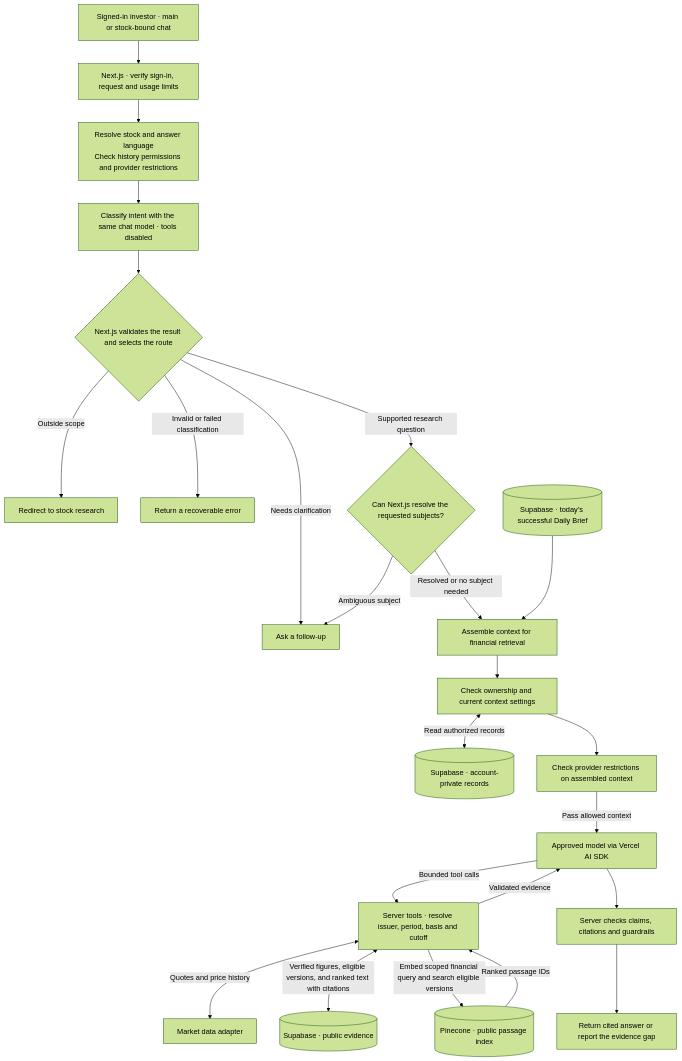
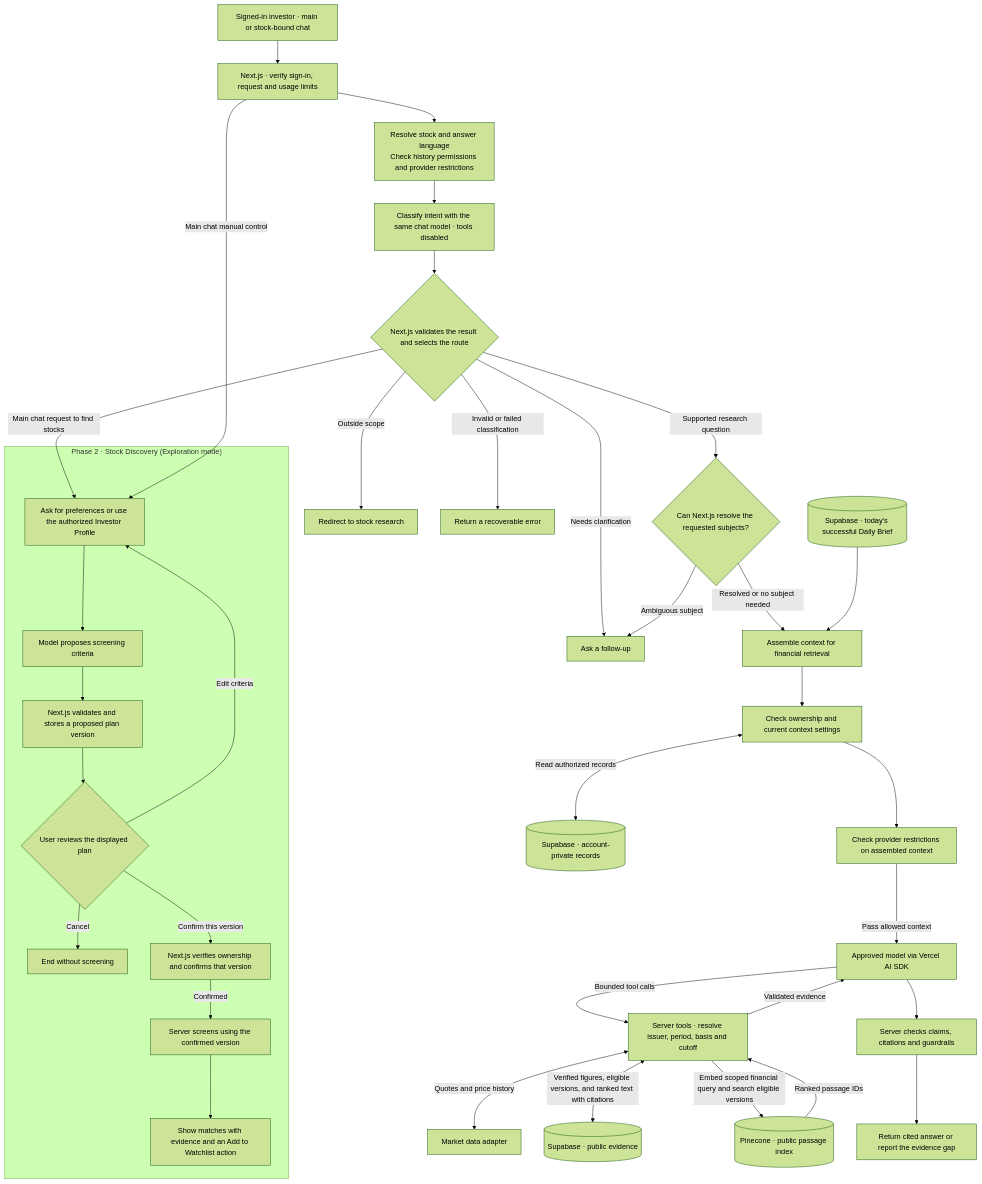
Before and after one commit to senella02/smart-financial-advisor: the third of 4 diagrams in docs/final/backend-data-flow.md, drawn with Mermaid (forest theme). The commit also changed other lines of this file and 9 other files, not shown here.

Commit message:
docs: update architecture diagram and add exploration req

````diff
--- a/docs/final/backend-data-flow.md
+++ b/docs/final/backend-data-flow.md
@@ -59,26 +61,40 @@
 ```mermaid
 flowchart TB
     Account["Signed-in investor · main or stock-bound chat"] --> Access["Next.js · verify sign-in, request and usage limits"]
     Access --> IntentContext["Resolve stock and answer language<br/>Check history permissions and provider restrictions"]
     IntentContext --> Classify["Classify intent with the same chat model · tools disabled"]
     Classify --> Route{"Next.js validates the result and selects the route"}
     Route -->|Needs clarification| Clarify["Ask a follow-up"]
     Route -->|Outside scope| Redirect["Redirect to stock research"]
     Route -->|Invalid or failed classification| Failed["Return a recoverable error"]
     Route -->|Supported research question| Subjects{"Can Next.js resolve the requested subjects?"}
+    Route -->|Main chat request to find stocks| Preferences
+    Access -->|Main chat manual control| Preferences
     Subjects -->|Ambiguous subject| Clarify
     Subjects -->|Resolved or no subject needed| Context["Assemble context for financial retrieval"]
     Brief[("Supabase · today's successful Daily Brief")] --> Context
     Context --> Select["Check ownership and current context settings"]
     Select <-->|Read authorized records| Private[("Supabase · account-private records")]
     Select --> Provider["Check provider restrictions on assembled context"]
     Provider -->|Pass allowed context| Model["Approved model via Vercel AI SDK"]
     Model -->|Bounded tool calls| Tools["Server tools · resolve issuer, period, basis and cutoff"]
     Tools <-->|Quotes and price history| Market["Market data adapter"]
     Tools <-->|Verified figures, eligible versions, and ranked text with citations| Evidence[("Supabase · public evidence")]
     Tools -->|Embed scoped financial query and search eligible versions| Index[("Pinecone · public passage index")]
     Index -->|Ranked passage IDs| Tools
     Tools -->|Validated evidence| Model
     Model --> Check["Server checks claims, citations and guardrails"]
     Check --> Answer["Return cited answer or report the evidence gap"]
+
+    subgraph Discovery["Phase 2 · Stock Discovery (Exploration mode)"]
+        Preferences["Ask for preferences or use the authorized Investor Profile"]
+        Preferences --> Propose["Model proposes screening criteria"]
+        Propose --> Plan["Next.js validates and stores a proposed plan version"]
+        Plan --> Review{"User reviews the displayed plan"}
+        Review -->|Edit criteria| Preferences
+        Review -->|Cancel| Cancel["End without screening"]
+        Review -->|Confirm this version| Confirm["Next.js verifies ownership and confirms that version"]
+        Confirm -->|Confirmed| Screen["Server screens using the confirmed version"]
+        Screen --> Results["Show matches with evidence and an Add to Watchlist action"]
+    end
 ```
````
